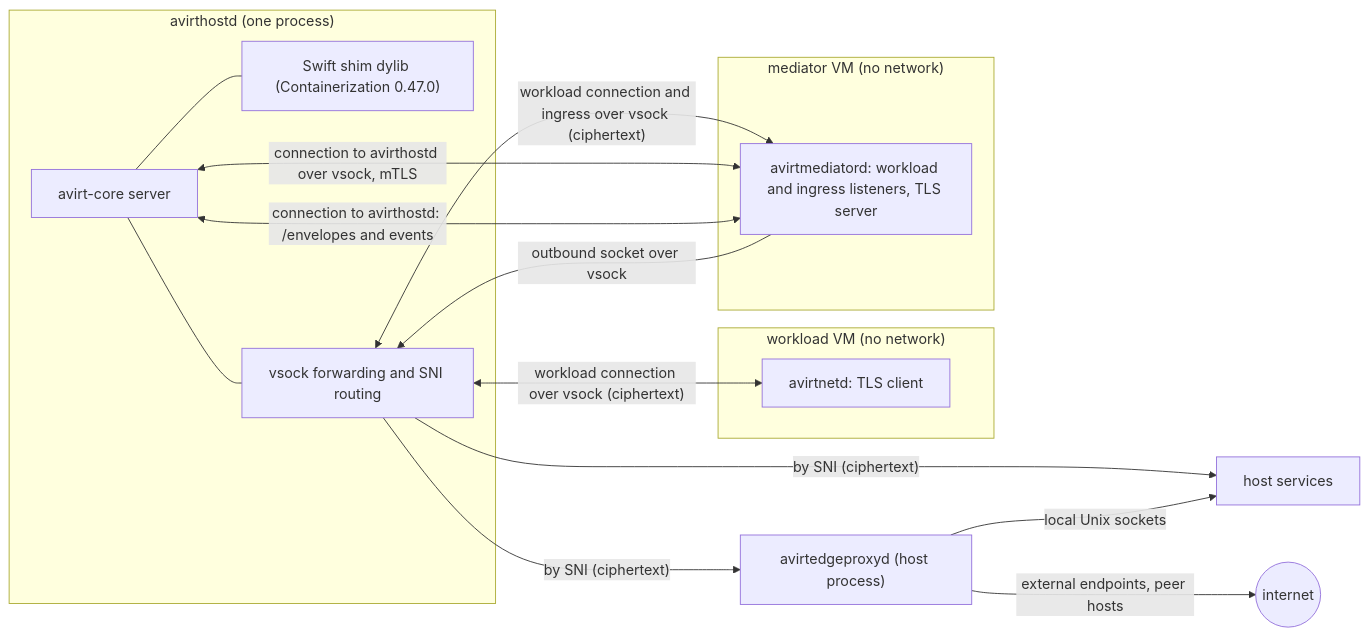
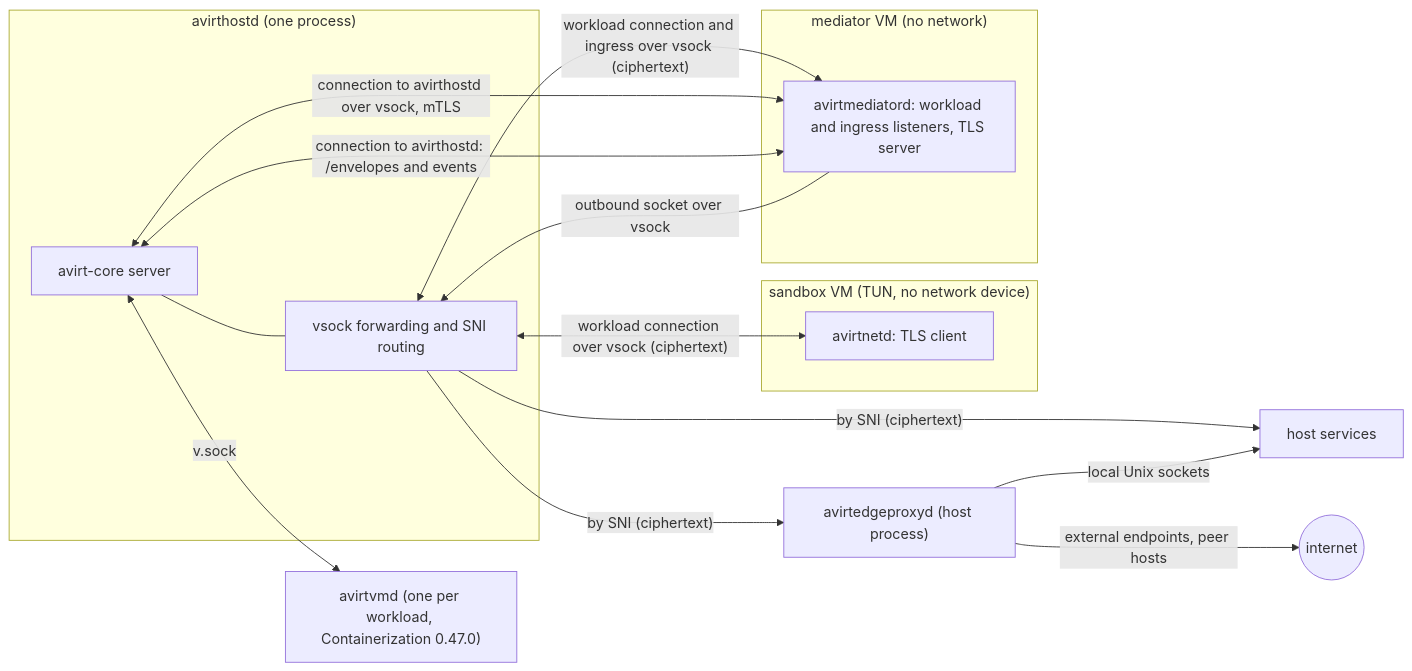
One commit to tbhb-dev/avirt changed the first of 2 diagrams in docs/compute-runtimes.md. Above: the diagram before and after it, drawn with Mermaid. The commit also changed other lines of this file and 58 other files, not shown here.

````diff
--- a/docs/compute-runtimes.md
+++ b/docs/compute-runtimes.md
@@ -115,27 +123,27 @@
 ```mermaid
 flowchart LR
     subgraph hostd["avirthostd (one process)"]
         core["avirt-core server"]
-        shim["Swift shim dylib (Containerization 0.47.0)"]
         fwd["vsock forwarding and SNI routing"]
-        core --- shim
         core --- fwd
     end
-    subgraph wvm["workload VM (no network)"]
+    vmd["avirtvmd (one per workload, Containerization 0.47.0)"]
+    core <-->|"v.sock"| vmd
+    subgraph wvm["sandbox VM (TUN, no network device)"]
         net["avirtnetd: TLS client"]
     end
     subgraph svm["mediator VM (no network)"]
         me["avirtmediatord: workload and ingress listeners, TLS server"]
     end
     hs["host services"]
     fd["avirtedgeproxyd (host process)"]
     fwd <-->|"workload connection over vsock (ciphertext)"| net
     fwd <-->|"workload connection and ingress over vsock (ciphertext)"| me
     core <-->|"connection to avirthostd over vsock, mTLS"| me
     core <-->|"connection to avirthostd: /envelopes and events"| me
     me -->|"outbound socket over vsock"| fwd
     fwd -->|"by SNI (ciphertext)"| hs
     fwd -->|"by SNI (ciphertext)"| fd
     fd -->|"local Unix sockets"| hs
     fd -->|"external endpoints, peer hosts"| net2(("internet"))
 ```
````
